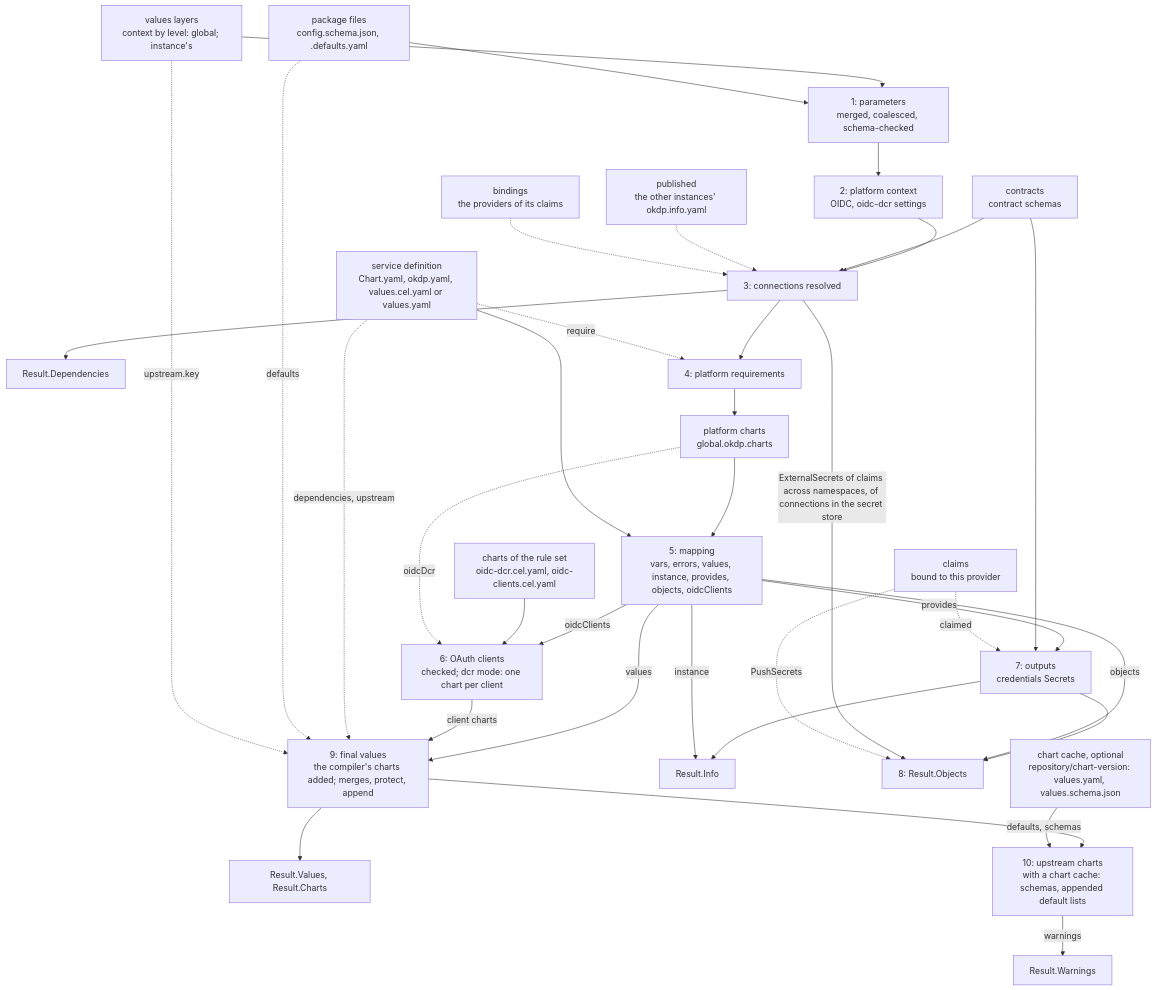
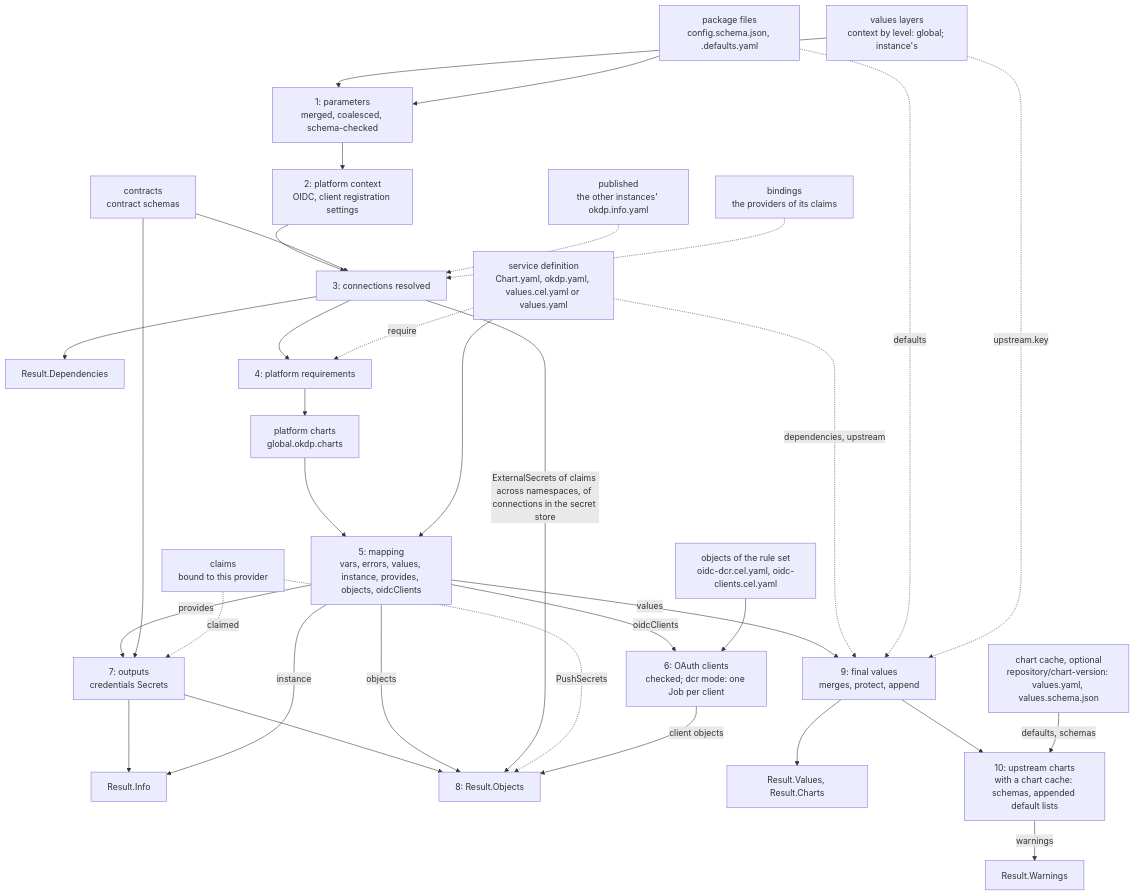
The diagram in docs/00_architecture.md (OKDP/okdp-compiler), drawn with Mermaid before and after one commit. The commit also changed other lines of this file and 101 other files, not shown here.

Commit message:
feat!: the OAuth clients as objects of the compile, the object and host checks exported, the chart failures per instance, hosts <label>.<namespace>.<suffix>, a context through the checks

````diff
--- a/docs/00_architecture.md
+++ b/docs/00_architecture.md
@@ -71,47 +71,46 @@
 ```mermaid
 flowchart TD
   def["service definition<br/>Chart.yaml, okdp.yaml, values.cel.yaml or values.yaml"]
   pkg["package files<br/>config.schema.json, <key>.defaults.yaml"]
   layers["values layers<br/>context by level: global; instance's"]
   contracts["contracts<br/>contract schemas"]
   published["published<br/>the other instances' okdp.info.yaml"]
   bindings["bindings<br/>the providers of its claims"]
   claims["claims<br/>bound to this provider"]
   cache["chart cache, optional<br/>repository/chart-version: values.yaml, values.schema.json"]
-  tmpl["charts of the rule set<br/>oidc-dcr.cel.yaml, oidc-clients.cel.yaml"]
+  tmpl["objects of the rule set<br/>oidc-dcr.cel.yaml, oidc-clients.cel.yaml"]
 
   layers --> s1["1: parameters<br/>merged, coalesced, schema-checked"]
   pkg --> s1
-  s1 --> s2["2: platform context<br/>OIDC, oidc-dcr settings"]
+  s1 --> s2["2: platform context<br/>OIDC, client registration settings"]
   s2 --> s3["3: connections resolved"]
   contracts --> s3
   published -.-> s3
   bindings -.-> s3
   s3 --> deps["Result.Dependencies"]
   s3 --> s4["4: platform requirements"]
   def -. "require" .-> s4
   s4 --> pc["platform charts<br/>global.okdp.charts"]
   pc --> s5["5: mapping<br/>vars, errors, values, instance, provides, objects, oidcClients"]
   def --> s5
-  s5 -- oidcClients --> s6["6: OAuth clients<br/>checked; dcr mode: one chart per client"]
+  s5 -- oidcClients --> s6["6: OAuth clients<br/>checked; dcr mode: one Job per client"]
   tmpl --> s6
-  pc -. oidcDcr .-> s6
   s5 -- provides --> s7["7: outputs<br/>credentials Secrets"]
   contracts --> s7
   claims -. "claimed" .-> s7
   s7 --> inst["Result.Info"]
   s5 -- instance --> inst
   s7 --> s8["8: Result.Objects"]
   s5 -- objects --> s8
   s3 -- "ExternalSecrets of claims across namespaces, of connections in the secret store" --> s8
   claims -. "PushSecrets" .-> s8
-  s5 -- values --> s9["9: final values<br/>the compiler's charts added; merges, protect, append"]
-  s6 -- "client charts" --> s9
+  s5 -- values --> s9["9: final values<br/>merges, protect, append"]
+  s6 -- "client objects" --> s8
   def -. "dependencies, upstream" .-> s9
   pkg -. defaults .-> s9
   layers -. "upstream.key" .-> s9
   s9 --> vals["Result.Values, Result.Charts"]
   s9 --> s10["10: upstream charts<br/>with a chart cache: schemas, appended default lists"]
   cache -- "defaults, schemas" --> s10
   s10 -- warnings --> warn["Result.Warnings"]
 ```
````
